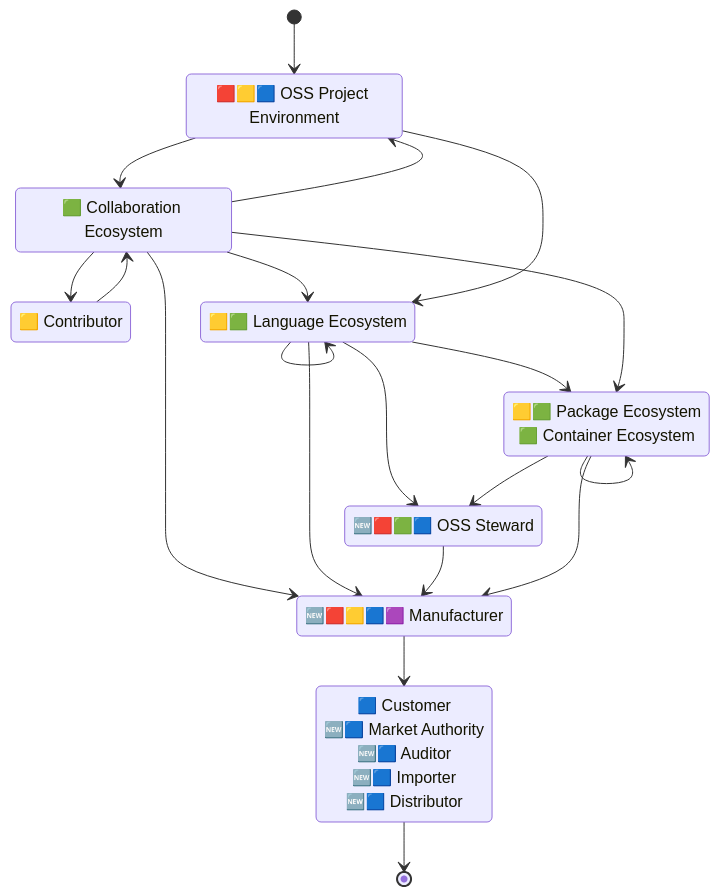
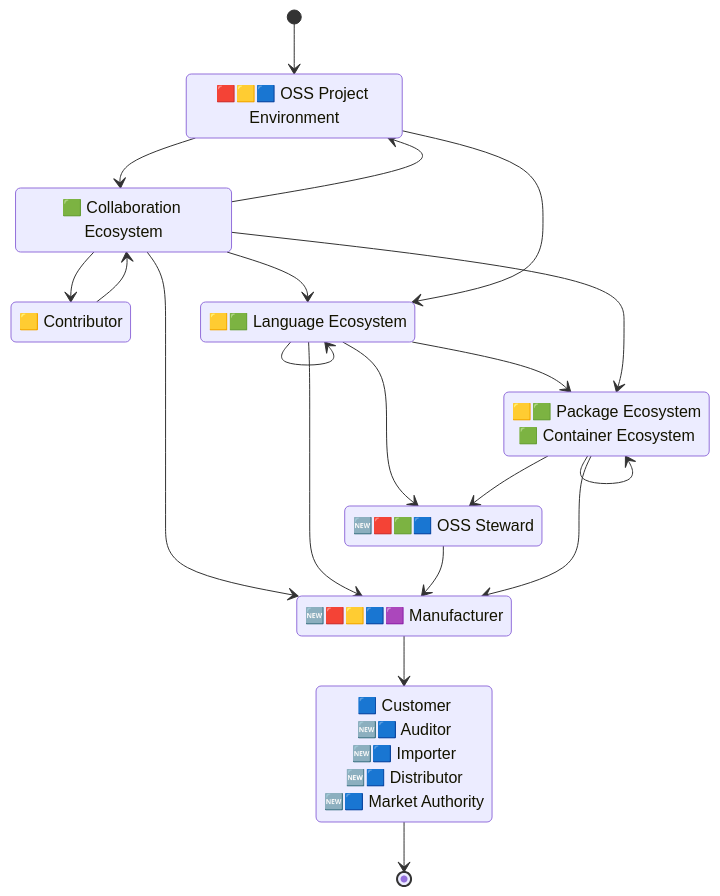
One commit to CPAN-Security/security.metacpan.org changed the second of 5 diagrams in docs/supplychain-sbom.md. Above: the diagram before and after it, drawn with Mermaid. The commit also changed other lines of this file, not shown here.

````diff
--- a/docs/supplychain-sbom.md
+++ b/docs/supplychain-sbom.md
@@ -126,43 +126,43 @@
 ```mermaid
 stateDiagram-v2
     direction TB
 
-    state "🟥🟨🟦 OSS Project Environment" as environment_opensource
+    state "🟥🟨🟦 OSS Project Environment" as environment_project
     state "🟨 Contributor" as environment_contributor
     state "🟩 Collaboration Ecosystem" as ecosystem_repo
     state "🟨🟩 Language Ecosystem" as ecosystem_lang
     state "🟨🟩 Package Ecosystem<br>🟩 Container Ecosystem" as ecosystem_package
     %%state "🟨🟩 Package Ecosystem" as ecosystem_package
     %%state "🟩 Container Ecosystem" as ecosystem_container
     state "🆕🟥🟩🟦 OSS Steward" as ecosystem_steward
     state "🆕🟥🟨🟦🟪 Manufacturer" as environment_manufacturer
-    state "🟦 Customer<br>🆕🟦 Market Authority<br>🆕🟦 Auditor<br>🆕🟦 Importer<br>🆕🟦 Distributor" as authority_auditor
+    state "🟦 Customer<br>🆕🟦 Auditor<br>🆕🟦 Importer<br>🆕🟦 Distributor<br>🆕🟦 Market Authority" as authority_auditor
 
-    [*]                      --> environment_opensource
-    ecosystem_repo           --> environment_opensource
+    [*]                      --> environment_project
+    ecosystem_repo           --> environment_project
     ecosystem_lang           --> ecosystem_package
     ecosystem_repo           --> ecosystem_package
     ecosystem_repo           --> ecosystem_lang
     %%ecosystem_repo           --> ecosystem_container
     ecosystem_repo           --> environment_manufacturer
     ecosystem_repo           --> environment_contributor
     environment_contributor  --> ecosystem_repo
-    environment_opensource   --> ecosystem_lang
-    environment_opensource   --> ecosystem_repo
+    environment_project   --> ecosystem_lang
+    environment_project   --> ecosystem_repo
     %%ecosystem_package        --> ecosystem_container
     %%ecosystem_lang           --> ecosystem_container
     ecosystem_lang           --> ecosystem_steward
     ecosystem_lang           --> environment_manufacturer
     ecosystem_steward        --> environment_manufacturer
     ecosystem_package        --> ecosystem_steward
     %%ecosystem_container      --> ecosystem_steward
     environment_manufacturer --> authority_auditor
     %%ecosystem_container      --> environment_manufacturer
     ecosystem_package        --> environment_manufacturer
     ecosystem_lang           --> ecosystem_lang
     ecosystem_package        --> ecosystem_package
     authority_auditor        --> [*]
 
     %% Copyright © 2025 Salve J. Nilsen <sjn@oslo.pm>
     %% Some rights reserved. Licensed CC-BY-SA-4.0
 ```
````
